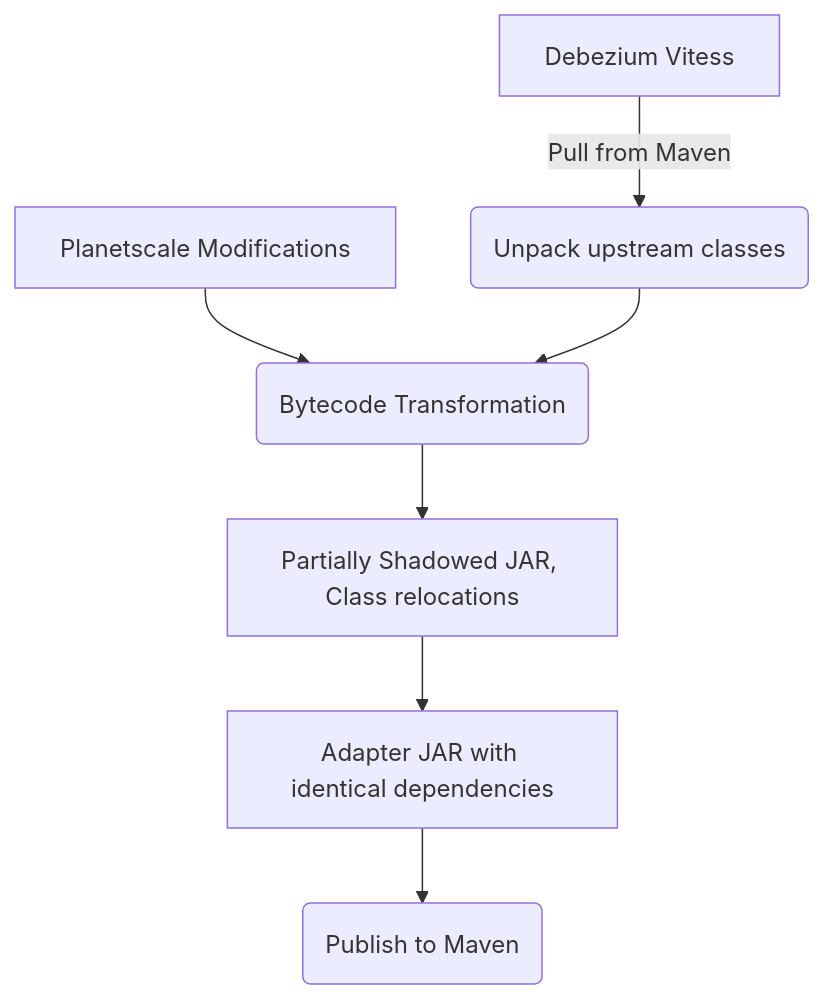
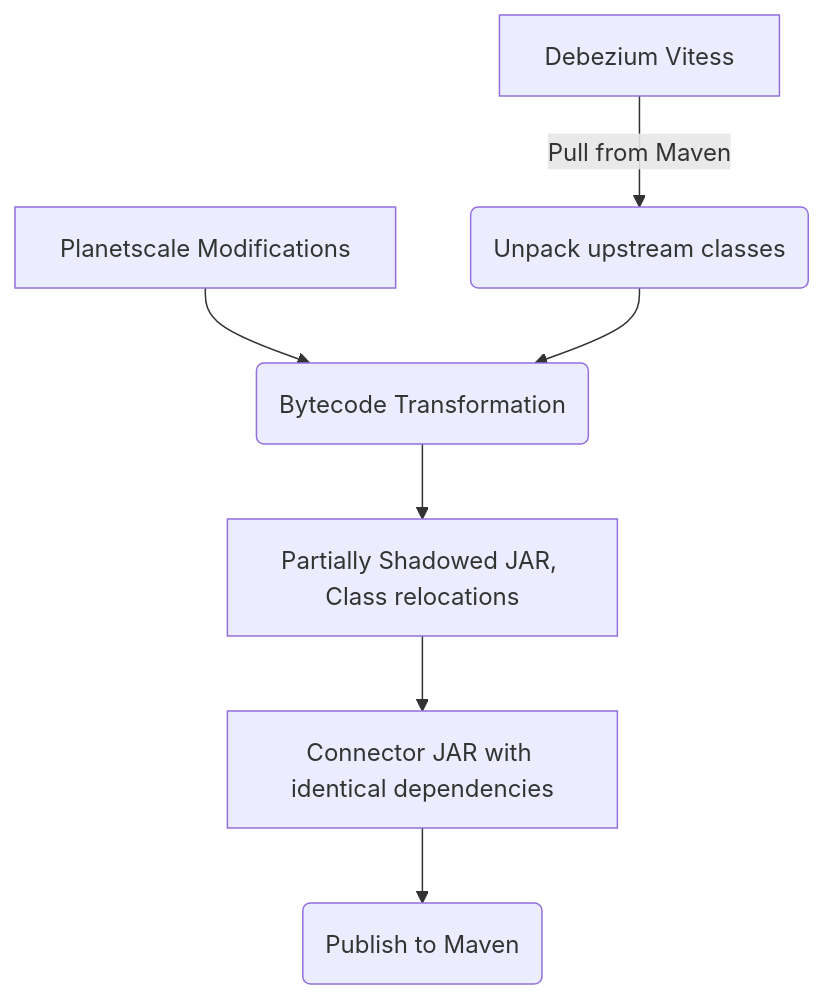
The diagram in docs/README.md (planetscale/debezium-connector-planetscale), drawn with Mermaid before and after one commit. The commit also changed other lines of this file and 1 other file, not shown here.

````diff
--- a/docs/README.md
+++ b/docs/README.md
@@ -21,9 +21,9 @@
 ```mermaid
 flowchart TD
   A[Debezium Vitess] -->|Pull from Maven| B(Unpack upstream classes)
   C[Planetscale Modifications] --> D
   B --> D(Bytecode Transformation)
   D --> E[Partially Shadowed JAR, Class relocations]
-  E --> F[Adapter JAR with identical dependencies]
+  E --> F[Connector JAR with identical dependencies]
   F --> G(Publish to Maven)
 ```
````
